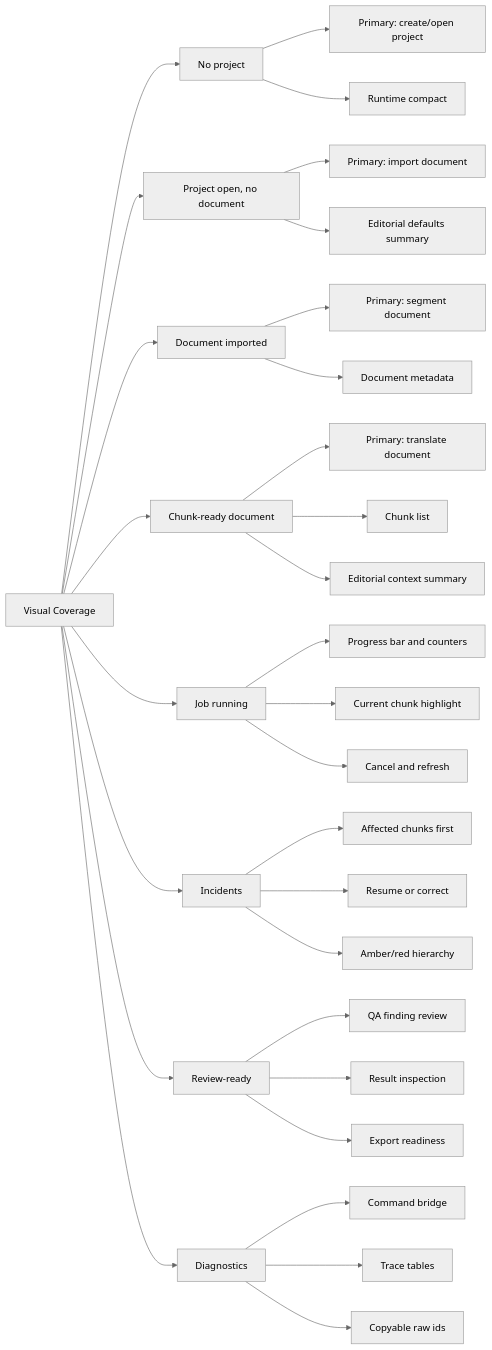
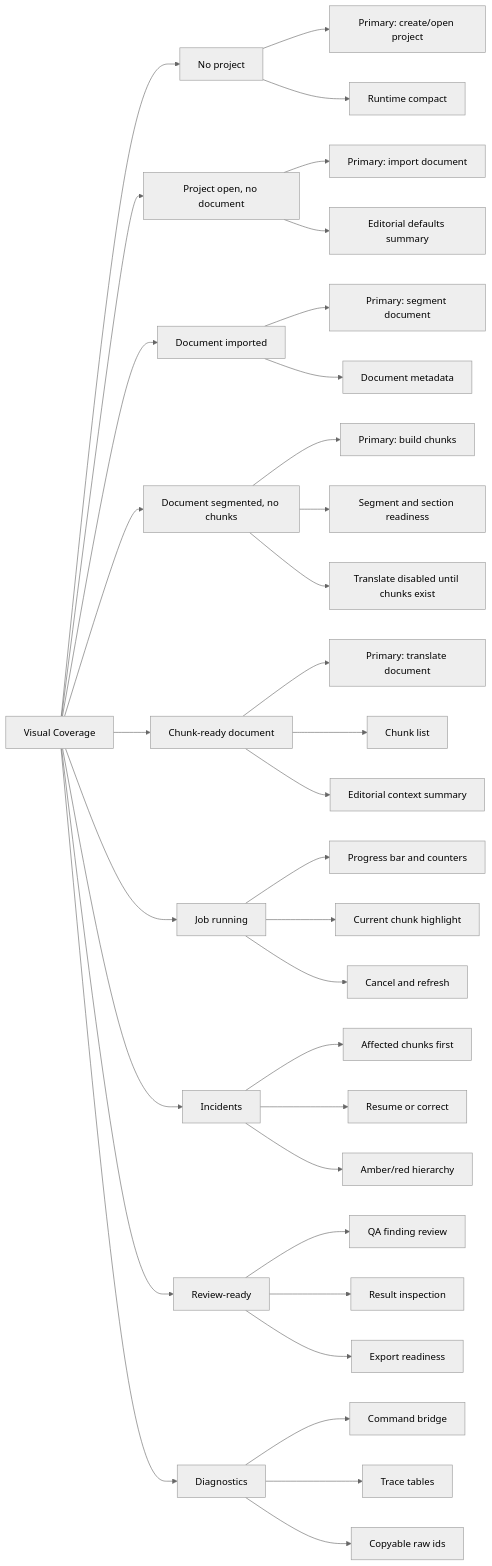
Before and after one commit to Ernest-NA/Translat: the diagram in docs/product/figjam/TR-31-screen-state-visual-coverage.mmd, drawn with Mermaid (neutral theme). The commit also changed 1 other file, not shown here.

Commit message:
TR-31: cover segmented no-chunks state

```diff
--- a/docs/product/figjam/TR-31-screen-state-visual-coverage.mmd
+++ b/docs/product/figjam/TR-31-screen-state-visual-coverage.mmd
@@ -1,30 +1,34 @@
 flowchart LR
   Screens["Visual Coverage"] --> NoProject["No project"]
   Screens --> ProjectNoDocument["Project open, no document"]
   Screens --> Imported["Document imported"]
+  Screens --> SegmentedNoChunks["Document segmented, no chunks"]
   Screens --> ChunkReady["Chunk-ready document"]
   Screens --> Running["Job running"]
   Screens --> Incidents["Incidents"]
   Screens --> Review["Review-ready"]
   Screens --> Diagnostics["Diagnostics"]
   NoProject --> CreateOpen["Primary: create/open project"]
   NoProject --> RuntimeCompact["Runtime compact"]
   ProjectNoDocument --> Import["Primary: import document"]
   ProjectNoDocument --> Defaults["Editorial defaults summary"]
   Imported --> Segment["Primary: segment document"]
   Imported --> Metadata["Document metadata"]
+  SegmentedNoChunks --> BuildChunks["Primary: build chunks"]
+  SegmentedNoChunks --> SegmentReadiness["Segment and section readiness"]
+  SegmentedNoChunks --> NoTranslateYet["Translate disabled until chunks exist"]
   ChunkReady --> Translate["Primary: translate document"]
   ChunkReady --> ChunkList["Chunk list"]
   ChunkReady --> Context["Editorial context summary"]
   Running --> Progress["Progress bar and counters"]
   Running --> CurrentChunk["Current chunk highlight"]
   Running --> Cancel["Cancel and refresh"]
   Incidents --> Affected["Affected chunks first"]
   Incidents --> Resume["Resume or correct"]
   Incidents --> WarningTone["Amber/red hierarchy"]
   Review --> Findings["QA finding review"]
   Review --> Result["Result inspection"]
   Review --> Export["Export readiness"]
   Diagnostics --> Bridge["Command bridge"]
   Diagnostics --> Trace["Trace tables"]
   Diagnostics --> IDs["Copyable raw ids"]
```
